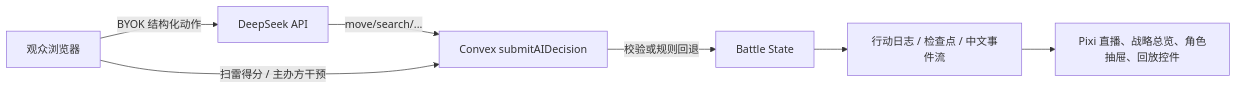
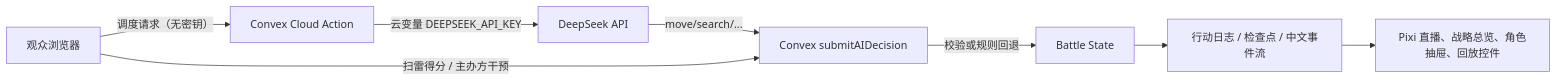
Before and after one commit to guaiwu012/ai-town: the diagram in docs/ai-battleground-implementation-plan.md, drawn with Mermaid. The commit also changed other lines of this file and 13 other files, not shown here.

Commit message:
Move DeepSeek decisions to Convex cloud

````diff
--- a/docs/ai-battleground-implementation-plan.md
+++ b/docs/ai-battleground-implementation-plan.md
@@ -14,9 +14,10 @@
 ```mermaid
 flowchart LR
-  U["观众浏览器"] -->|"BYOK 结构化动作"| DS["DeepSeek API"]
+  U["观众浏览器"] -->|"调度请求（无密钥）"| A["Convex Cloud Action"]
+  A -->|"云变量 DEEPSEEK_API_KEY"| DS["DeepSeek API"]
   DS -->|"move/search/..."| V["Convex submitAIDecision"]
   V -->|"校验或规则回退"| S["Battle State"]
   S --> E["行动日志 / 检查点 / 中文事件流"]
   E --> P["Pixi 直播、战略总览、角色抽屉、回放控件"]
   U -->|"扫雷得分 / 主办方干预"| V
 ```
````
